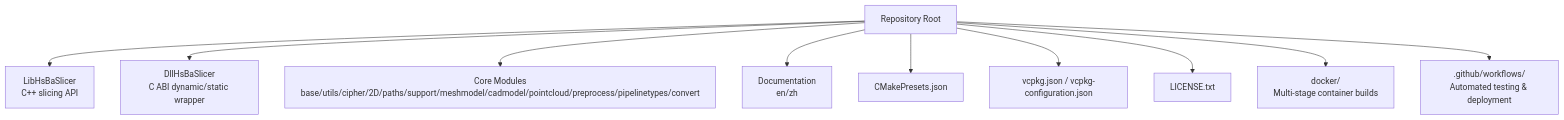
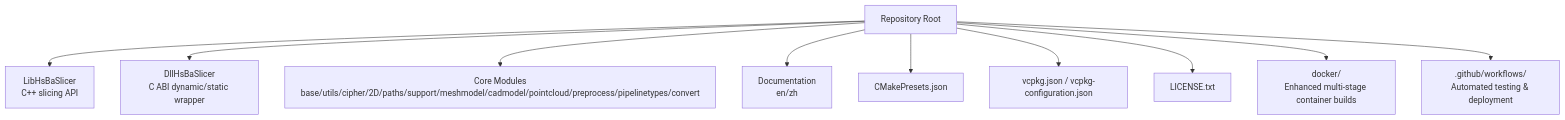
Before and after one commit to hsmbanlance/HsBaSlicer: the first of 9 diagrams in .qoder/repowiki/en/content/Deployment Troubleshooting & FAQ.md, drawn with Mermaid. The commit also changed other lines of this file and 66 other files, not shown here.

````diff
--- a/.qoder/repowiki/en/content/Deployment Troubleshooting & FAQ.md
+++ b/.qoder/repowiki/en/content/Deployment Troubleshooting & FAQ.md
@@ -66,12 +67,12 @@
 ```mermaid
 graph TB
 Root["Repository Root"] --> Lib["LibHsBaSlicer<br/>C++ slicing API"]
 Root --> Dll["DllHsBaSlicer<br/>C ABI dynamic/static wrapper"]
 Root --> Core["Core Modules<br/>base/utils/cipher/2D/paths/support/meshmodel/cadmodel/pointcloud/preprocess/pipelinetypes/convert"]
 Root --> Docs["Documentation<br/>en/zh"]
 Root --> Presets["CMakePresets.json"]
 Root --> VCPKG["vcpkg.json / vcpkg-configuration.json"]
 Root --> License["LICENSE.txt"]
-Root --> Docker["docker/<br/>Multi-stage container builds"]
+Root --> Docker["docker/<br/>Enhanced multi-stage container builds"]
 Root --> CI[".github/workflows/<br/>Automated testing & deployment"]
 ```
````
